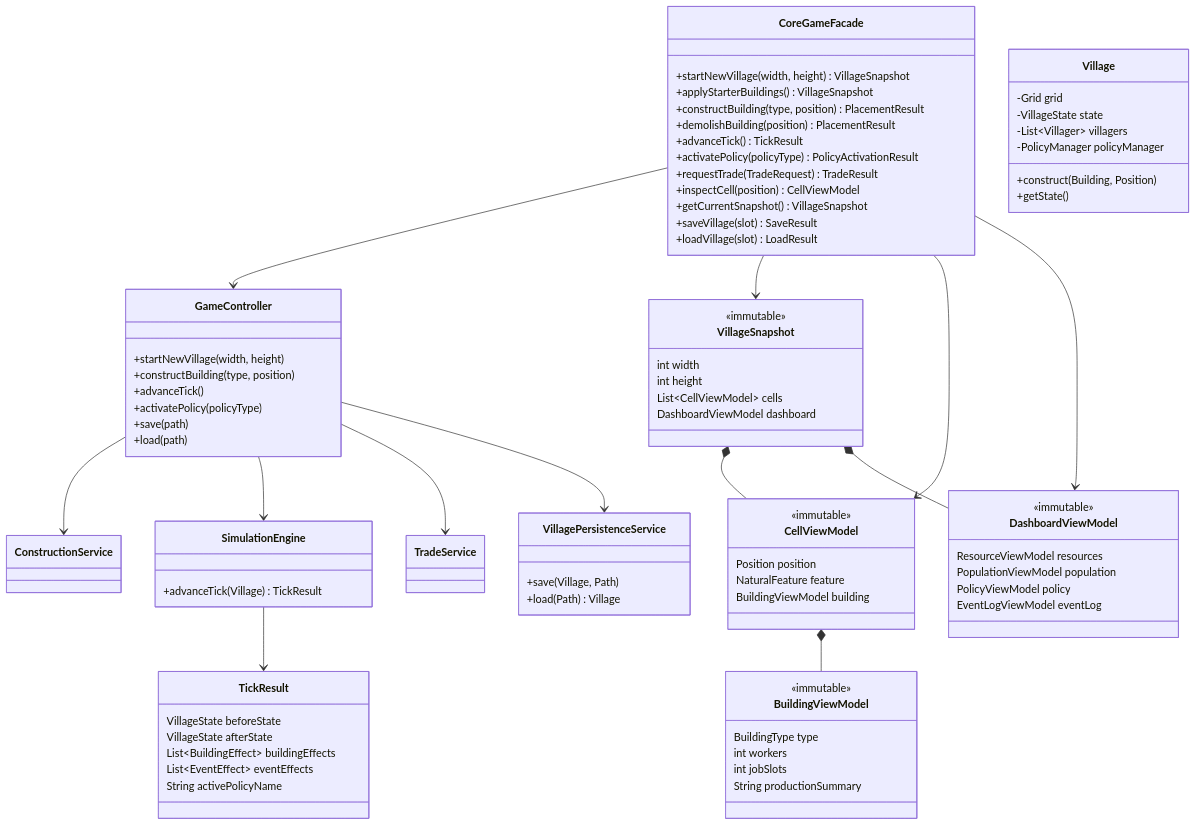
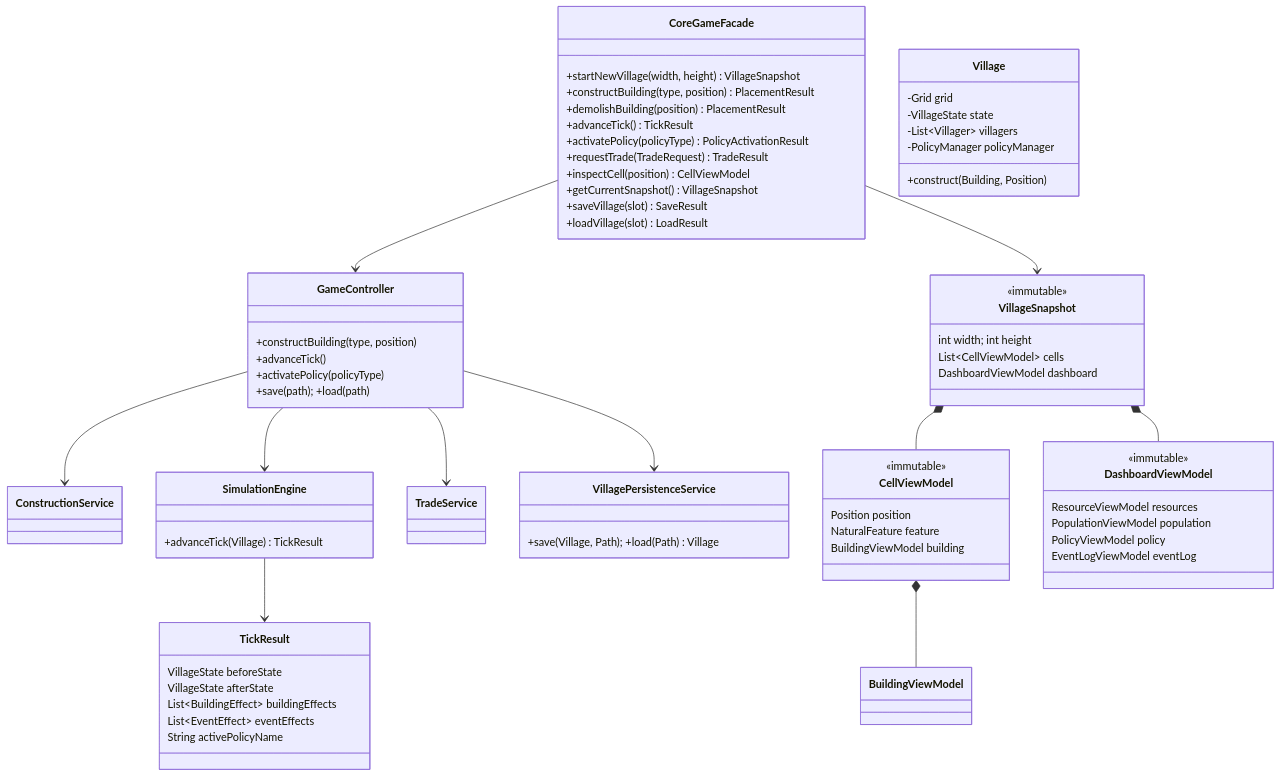
Before and after one commit to edope704/DaimyoSimulator: the seventh of 14 diagrams in docs/DesignDocument.md, drawn with Mermaid. The commit also changed other lines of this file, not shown here.

```diff
--- a/docs/DesignDocument.md
+++ b/docs/DesignDocument.md
@@ -405,7 +196,6 @@
 classDiagram
     class CoreGameFacade {
         +startNewVillage(width, height) VillageSnapshot
-        +applyStarterBuildings() VillageSnapshot
         +constructBuilding(type, position) PlacementResult
         +demolishBuilding(position) PlacementResult
         +advanceTick() TickResult
@@ -416,29 +206,20 @@
         +saveVillage(slot) SaveResult
         +loadVillage(slot) LoadResult
     }
-
     class GameController {
-        +startNewVillage(width, height)
         +constructBuilding(type, position)
         +advanceTick()
         +activatePolicy(policyType)
-        +save(path)
-        +load(path)
+        +save(path); +load(path)
     }
-
-    class SimulationEngine {
-        +advanceTick(Village) TickResult
-    }
-
+    class SimulationEngine { +advanceTick(Village) TickResult }
     class Village {
         -Grid grid
         -VillageState state
         -List~Villager~ villagers
         -PolicyManager policyManager
         +construct(Building, Position)
-        +getState()
     }
-
     class TickResult {
         VillageState beforeState
         VillageState afterState
@@ -446,30 +227,18 @@
         List~EventEffect~ eventEffects
         String activePolicyName
     }
-
     class VillageSnapshot {
         <<immutable>>
-        int width
-        int height
+        int width; int height
         List~CellViewModel~ cells
         DashboardViewModel dashboard
     }
-
     class CellViewModel {
         <<immutable>>
         Position position
         NaturalFeature feature
         BuildingViewModel building
     }
-
-    class BuildingViewModel {
-        <<immutable>>
-        BuildingType type
-        int workers
-        int jobSlots
-        String productionSummary
-    }
-
     class DashboardViewModel {
         <<immutable>>
         ResourceViewModel resources
@@ -477,11 +246,7 @@
         PolicyViewModel policy
         EventLogViewModel eventLog
     }
-
-    class VillagePersistenceService {
-        +save(Village, Path)
-        +load(Path) Village
-    }
+    class VillagePersistenceService { +save(Village, Path); +load(Path) Village }
 
     CoreGameFacade --> GameController
     GameController --> ConstructionService
@@ -489,8 +254,6 @@
     GameController --> TradeService
     GameController --> VillagePersistenceService
     CoreGameFacade --> VillageSnapshot
-    CoreGameFacade --> CellViewModel
-    CoreGameFacade --> DashboardViewModel
     SimulationEngine --> TickResult
     VillageSnapshot *-- CellViewModel
     VillageSnapshot *-- DashboardViewModel
```
